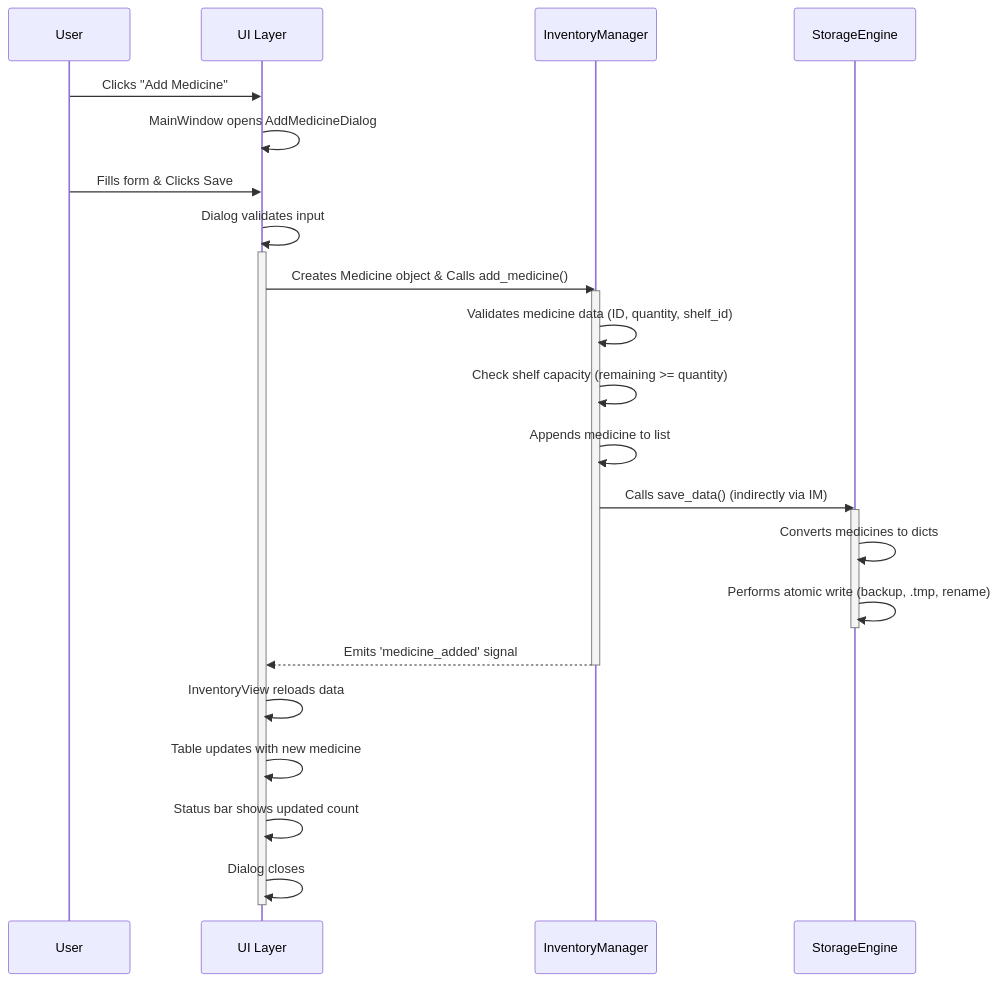
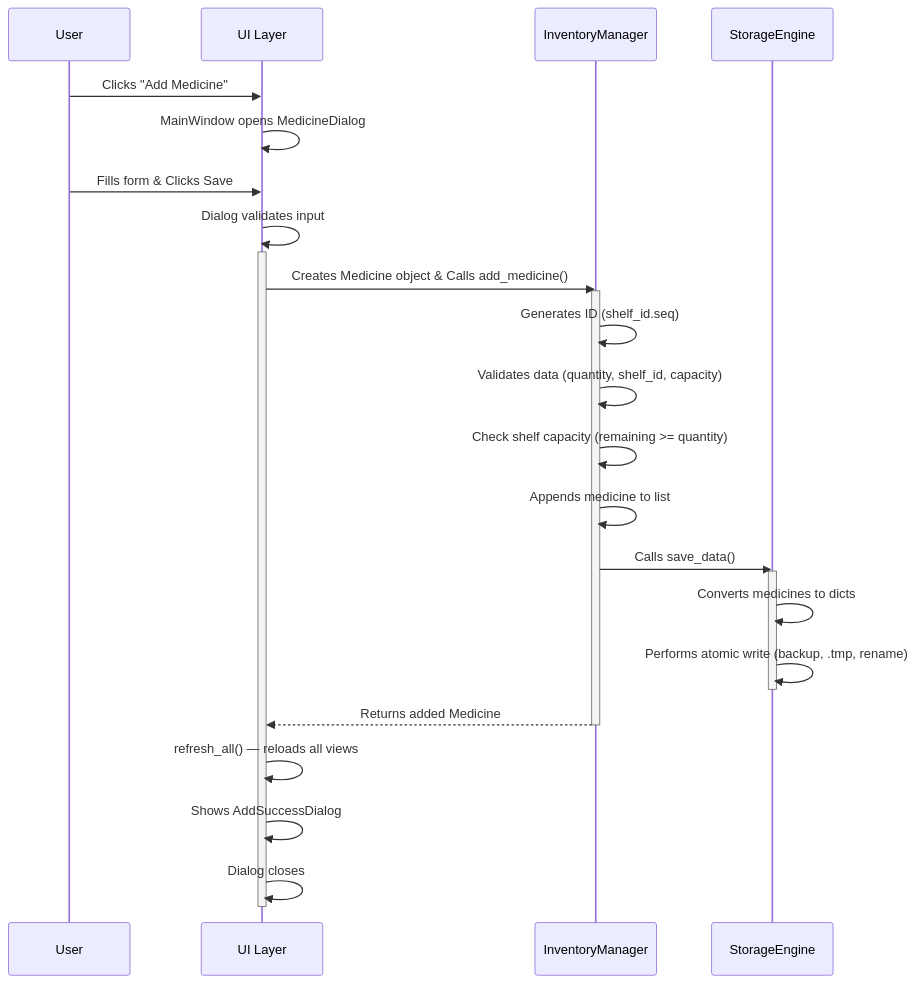
One commit to Des1r3d/KiThuatLapTrinhNhom3 changed the second of 6 diagrams in docs/projectcharts.md. Above: the diagram before and after it, drawn with Mermaid. The commit also changed other lines of this file and 22 other files, not shown here.

````diff
--- a/docs/projectcharts.md
+++ b/docs/projectcharts.md
@@ -48,30 +59,30 @@
 ```mermaid
 sequenceDiagram
     participant User
     participant UI as UI Layer
     participant IM as InventoryManager
     participant SE as StorageEngine
 
     User->>UI: Clicks "Add Medicine"
-    UI->>UI: MainWindow opens AddMedicineDialog
+    UI->>UI: MainWindow opens MedicineDialog
     User->>UI: Fills form & Clicks Save
     UI->>UI: Dialog validates input
     activate UI
     UI->>IM: Creates Medicine object & Calls add_medicine()
     activate IM
-    IM->>IM: Validates medicine data (ID, quantity, shelf_id)
+    IM->>IM: Generates ID (shelf_id.seq)
+    IM->>IM: Validates data (quantity, shelf_id, capacity)
     IM->>IM: Check shelf capacity (remaining >= quantity)
     IM->>IM: Appends medicine to list
-    IM->>SE: Calls save_data() (indirectly via IM)
+    IM->>SE: Calls save_data()
     activate SE
     SE->>SE: Converts medicines to dicts
     SE->>SE: Performs atomic write (backup, .tmp, rename)
     deactivate SE
-    IM-->>UI: Emits 'medicine_added' signal
+    IM-->>UI: Returns added Medicine
     deactivate IM
-    UI->>UI: InventoryView reloads data
-    UI->>UI: Table updates with new medicine
-    UI->>UI: Status bar shows updated count
+    UI->>UI: refresh_all() — reloads all views
+    UI->>UI: Shows AddSuccessDialog
     UI->>UI: Dialog closes
     deactivate UI
 ```
````
